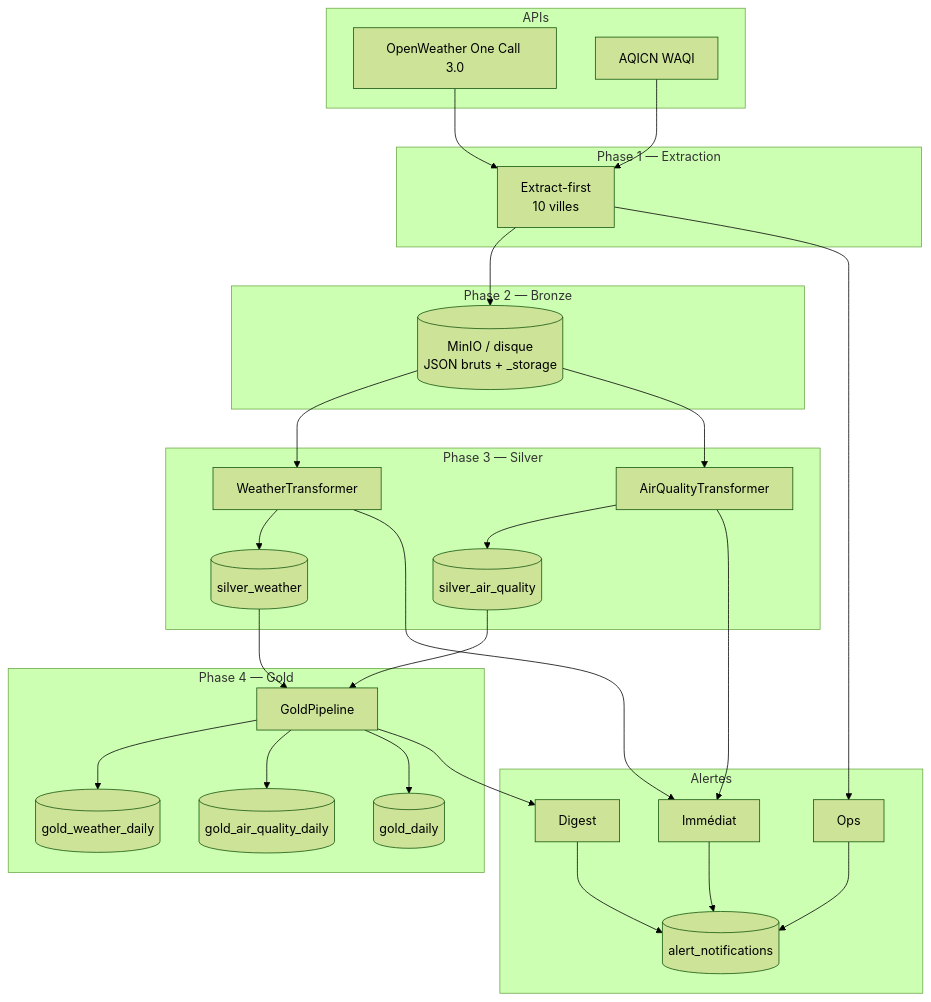
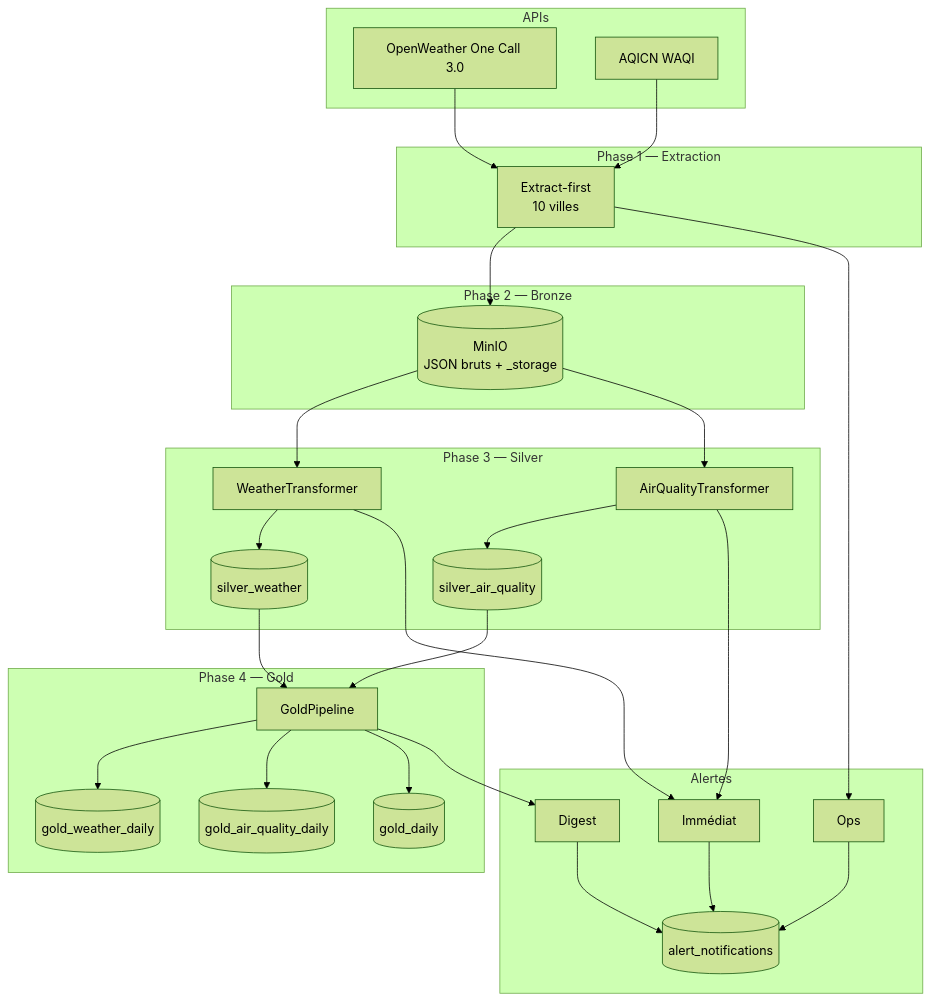
One commit to GouaidiaSeif/weather_etl_data changed the first of 3 diagrams in README.md. Above: the diagram before and after it, drawn with Mermaid (forest theme). The commit also changed other lines of this file and 256 other files, not shown here.

````diff
--- a/README.md
+++ b/README.md
@@ -32,54 +32,54 @@
 ```mermaid
 flowchart TB
   subgraph api [APIs]
     OW[OpenWeather One Call 3.0]
     AQ[AQICN WAQI]
   end
 
   subgraph p1 [Phase 1 — Extraction]
     EX[Extract-first<br/>10 villes]
   end
 
   subgraph p2 [Phase 2 — Bronze]
-    BR[(MinIO / disque<br/>JSON bruts + _storage)]
+    BR[(MinIO<br/>JSON bruts + _storage)]
   end
 
   subgraph p3 [Phase 3 — Silver]
     W[WeatherTransformer]
     A[AirQualityTransformer]
     SW[(silver_weather)]
     SA[(silver_air_quality)]
   end
 
   subgraph p4 [Phase 4 — Gold]
     G[GoldPipeline]
     GW[(gold_weather_daily)]
     GA[(gold_air_quality_daily)]
     GC[(gold_daily)]
   end
 
   subgraph al [Alertes]
     I[Immédiat]
     D[Digest]
     O[Ops]
     AN[(alert_notifications)]
   end
 
   OW --> EX
   AQ --> EX
   EX --> BR
   BR --> W --> SW
   BR --> A --> SA
   SW --> G
   SA --> G
   G --> GW
   G --> GA
   G --> GC
   W --> I
   A --> I
   G --> D
   EX --> O
   I --> AN
   D --> AN
   O --> AN
 ```
````
